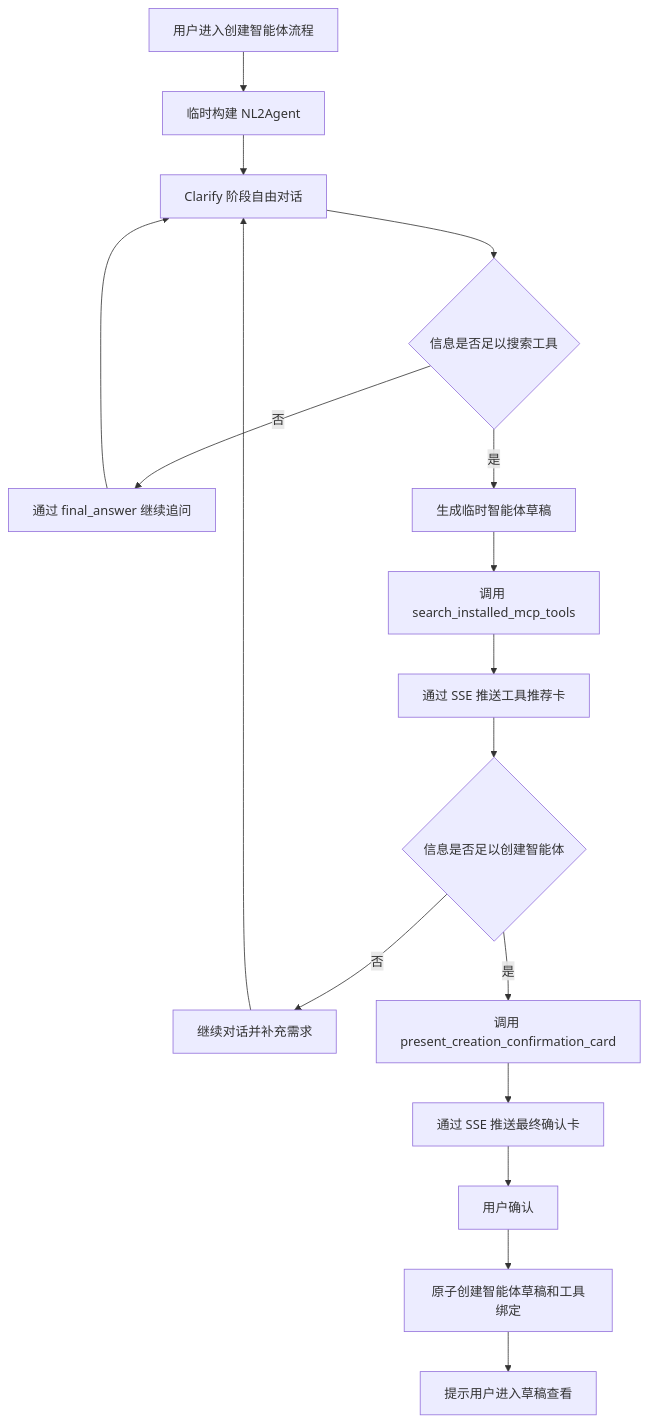
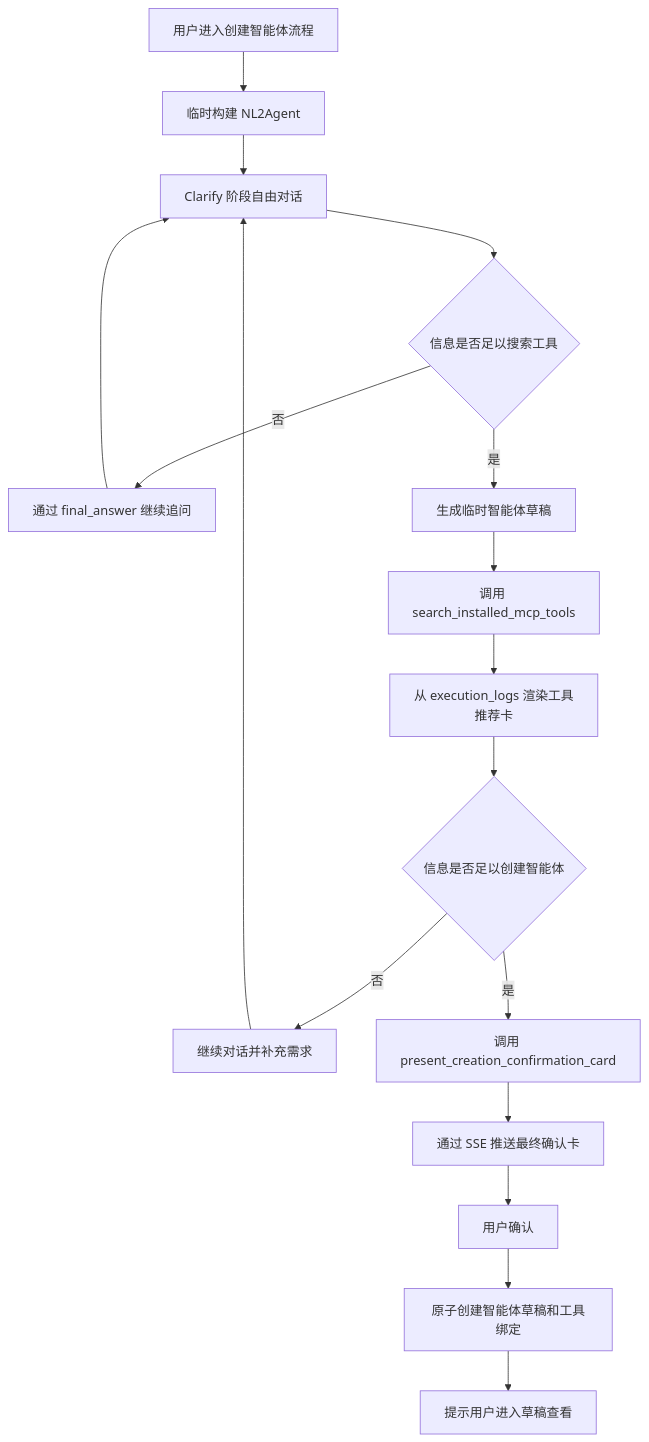
One commit to ModelEngine-Group/nexent changed the diagram in doc/nl2agent-design-zh.md. Above: the diagram before and after it, drawn with Mermaid. The commit also changed other lines of this file and 1 other file, not shown here.

````diff
--- a/doc/nl2agent-design-zh.md
+++ b/doc/nl2agent-design-zh.md
@@ -93,19 +93,19 @@
 ```mermaid
 flowchart TD
     A[用户进入创建智能体流程] --> B[临时构建 NL2Agent]
     B --> C[Clarify 阶段自由对话]
     C --> D{信息是否足以搜索工具}
     D -- 否 --> E[通过 final_answer 继续追问]
     E --> C
     D -- 是 --> F[生成临时智能体草稿]
     F --> G[调用 search_installed_mcp_tools]
-    G --> H[通过 SSE 推送工具推荐卡]
+    G --> H[从 execution_logs 渲染工具推荐卡]
     H --> I{信息是否足以创建智能体}
     I -- 否 --> J[继续对话并补充需求]
     J --> C
     I -- 是 --> K[调用 present_creation_confirmation_card]
     K --> L[通过 SSE 推送最终确认卡]
     L --> M[用户确认]
     M --> N[原子创建智能体草稿和工具绑定]
     N --> O[提示用户进入草稿查看]
 ```
````
